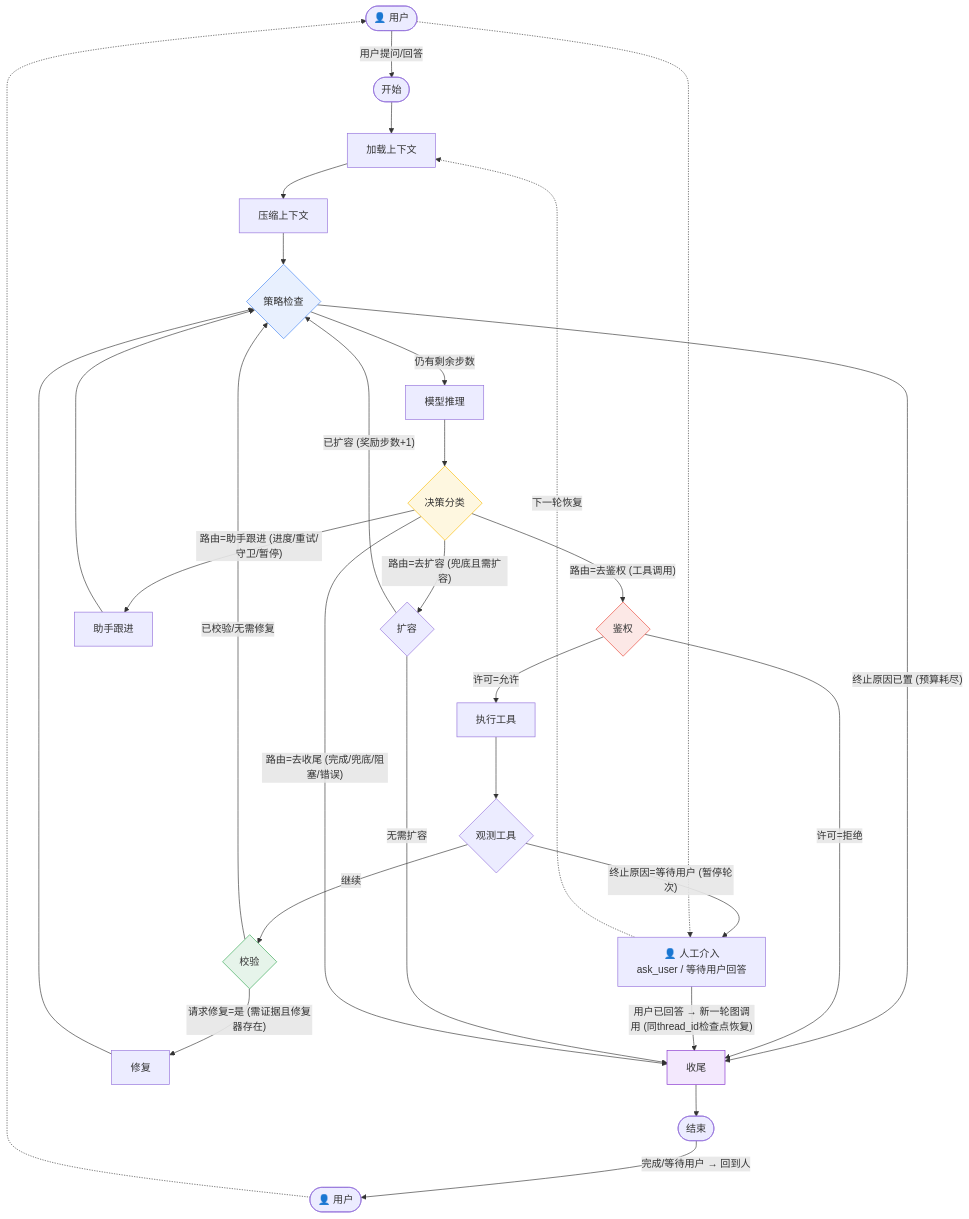
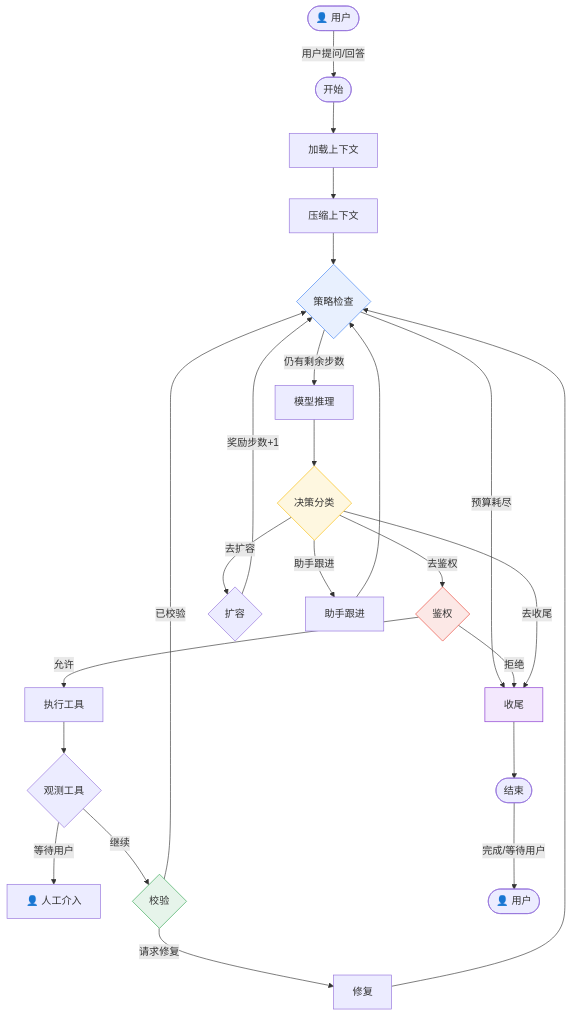
Before and after one commit to yushui6666/Minicode-plus: the diagram in README.md, drawn with Mermaid. The commit also changed other lines of this file and 1 other file, not shown here.

First line of the commit message:
docs(readme): rewrite to current architecture — graph runtime, skill hotlist, fallback

````diff
--- a/README.md
+++ b/README.md
@@ -9,39 +35,32 @@
 ```mermaid
 flowchart TD
     HUMAN_START([👤 用户]) -- "用户提问/回答" --> START([开始])
     START --> LC[加载上下文]
     LC --> CP[压缩上下文]
     CP --> SP{策略检查}
-    SP -- "终止原因已置 (预算耗尽)" --> FZ[收尾]
+    SP -- "预算耗尽" --> FZ[收尾]
     SP -- "仍有剩余步数" --> MD[模型推理]
     MD --> CS{决策分类}
-    CS -- "路由=去鉴权 (工具调用)" --> AUTH{鉴权}
-    AUTH -- "许可=允许" --> EX[执行工具]
-    AUTH -- "许可=拒绝" --> FZ
+    CS -- "去鉴权" --> AUTH{鉴权}
+    AUTH -- "允许" --> EX[执行工具]
+    AUTH -- "拒绝" --> FZ
     EX --> OBS{观测工具}
-    OBS -- "终止原因=等待用户 (暂停轮次)" --> HUMAN[👤 人工介入<br/>ask_user / 等待用户回答]
-    HUMAN -- "用户已回答 → 新一轮图调用 (同thread_id检查点恢复)" --> FZ
+    OBS -- "等待用户" --> HUMAN[👤 人工介入]
     OBS -- "继续" --> V{校验}
-    V -- "请求修复=是 (需证据且修复器存在)" --> RP[修复]
+    V -- "请求修复" --> RP[修复]
     RP --> SP
-    V -- "已校验/无需修复" --> SP
-    CS -- "路由=去扩容 (兜底且需扩容)" --> WD{扩容}
-    WD -- "无需扩容" --> FZ
-    WD -- "已扩容 (奖励步数+1)" --> SP
-    CS -- "路由=助手跟进 (进度/重试/守卫/暂停)" --> AF[助手跟进]
+    V -- "已校验" --> SP
+    CS -- "去扩容" --> WD{扩容}
+    WD -- "奖励步数+1" --> SP
+    CS -- "助手跟进" --> AF[助手跟进]
     AF --> SP
-    CS -- "路由=去收尾 (完成/兜底/阻塞/错误)" --> FZ
+    CS -- "去收尾" --> FZ
     FZ --> END([结束])
-    END -- "完成/等待用户 → 回到人" --> HUMAN_END([👤 用户])
-
-    %% 人机边界：虚线表示图外人工
-    HUMAN -.->|下一轮恢复| LC
-    HUMAN_START -.-> HUMAN
-    HUMAN_END -.-> HUMAN_START
+    END -- "完成/等待用户" --> HUMAN_END([👤 用户])
 
     style SP fill:#e8f0fe,stroke:#4285f4
     style CS fill:#fef7e0,stroke:#fbbc04
     style AUTH fill:#fce8e6,stroke:#ea4335
     style V fill:#e6f4ea,stroke:#34a853
     style FZ fill:#f3e8fd,stroke:#8430ce
 ```
````
